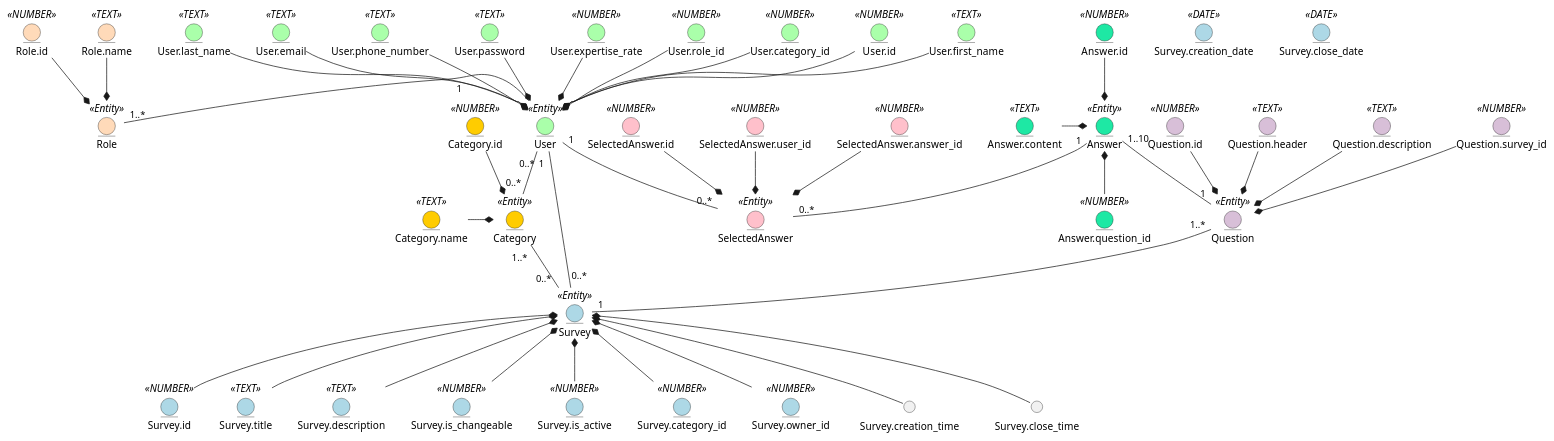
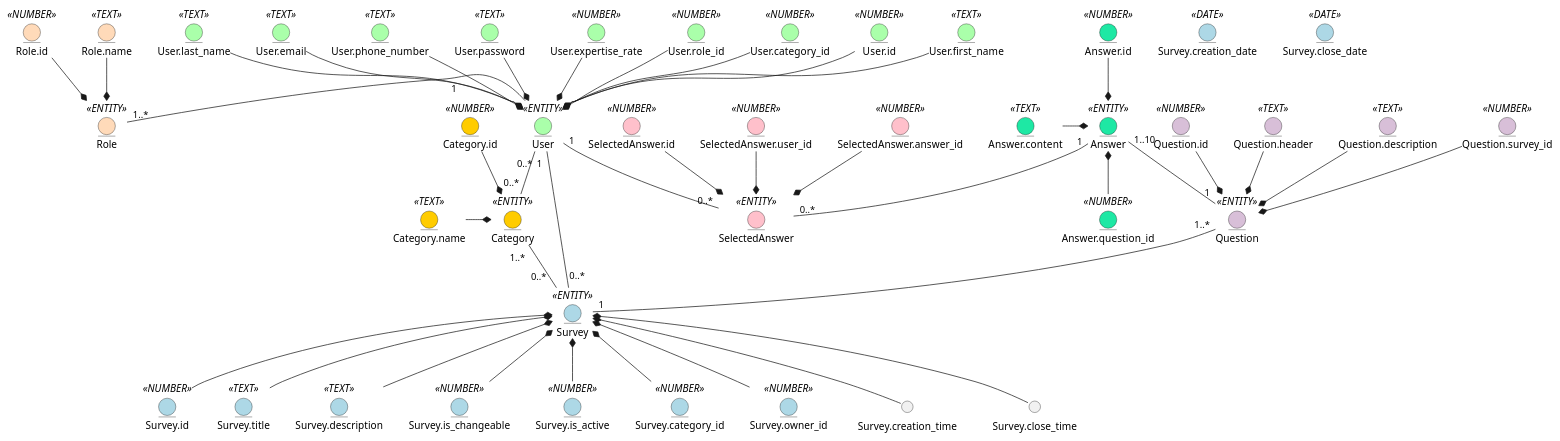
Before and after one commit to generalmaks/db_labs: the first of 2 diagrams in docs/design.md, drawn with PlantUML. The commit also changed other lines of this file, not shown here.

Commit message:
Added titles to entities and atributes in business-object model

````diff
--- a/docs/design.md
+++ b/docs/design.md
@@ -13,7 +13,7 @@
 ```plantuml
 @startuml
 
-entity User <<Entity>> #aaffaa
+entity User <<ENTITY>> #aaffaa
 entity User.id <<NUMBER>> #aaffaa
 entity User.first_name <<TEXT>> #aaffaa
 entity User.last_name <<TEXT>> #aaffaa
@@ -34,14 +34,14 @@
 User.role_id -d-* User
 User.category_id -d-* User
 
-entity Role <<Entity>> #FFDAB9
+entity Role <<ENTITY>> #FFDAB9
 entity Role.id <<NUMBER>> #FFDAB9
 entity Role.name <<TEXT>> #FFDAB9
 
 Role.id --* Role
 Role.name --* Role
 
-entity Survey <<Entity>> #ADD8E6
+entity Survey <<ENTITY>> #ADD8E6
 entity Survey.id <<NUMBER>> #ADD8E6
 entity Survey.title <<TEXT>> #ADD8E6
 entity Survey.description <<TEXT>> #ADD8E6
@@ -62,7 +62,7 @@
 Survey.is_active -u-* Survey
 Survey.owner_id -u-* Survey
 
-entity Question <<Entity>> #D8BFD8
+entity Question <<ENTITY>> #D8BFD8
 entity Question.id <<NUMBER>> #D8BFD8
 entity Question.header <<TEXT>> #D8BFD8
 entity Question.description <<TEXT>> #D8BFD8
@@ -73,7 +73,7 @@
 Question.description --* Question
 Question.survey_id --* Question
 
-entity Answer <<Entity>> #1ee8a4
+entity Answer <<ENTITY>> #1ee8a4
 entity Answer.id <<NUMBER>> #1ee8a4
 entity Answer.content <<TEXT>> #1ee8a4
 entity Answer.question_id <<NUMBER>> #1ee8a4
@@ -82,14 +82,14 @@
 Answer.content -r-* Answer
 Answer.question_id -u-* Answer
 
-entity Category <<Entity>> #FFCC00
+entity Category <<ENTITY>> #FFCC00
 entity Category.id <<NUMBER>> #FFCC00
 entity Category.name <<TEXT>> #FFCC00
 
 Category.id --* Category
 Category.name -* Category
 
-entity SelectedAnswer <<Entity>> #FFC0CB
+entity SelectedAnswer <<ENTITY>> #FFC0CB
 entity SelectedAnswer.id <<NUMBER>> #FFC0CB
 entity SelectedAnswer.user_id <<NUMBER>> #FFC0CB
 entity SelectedAnswer.answer_id <<NUMBER>> #FFC0CB
````
